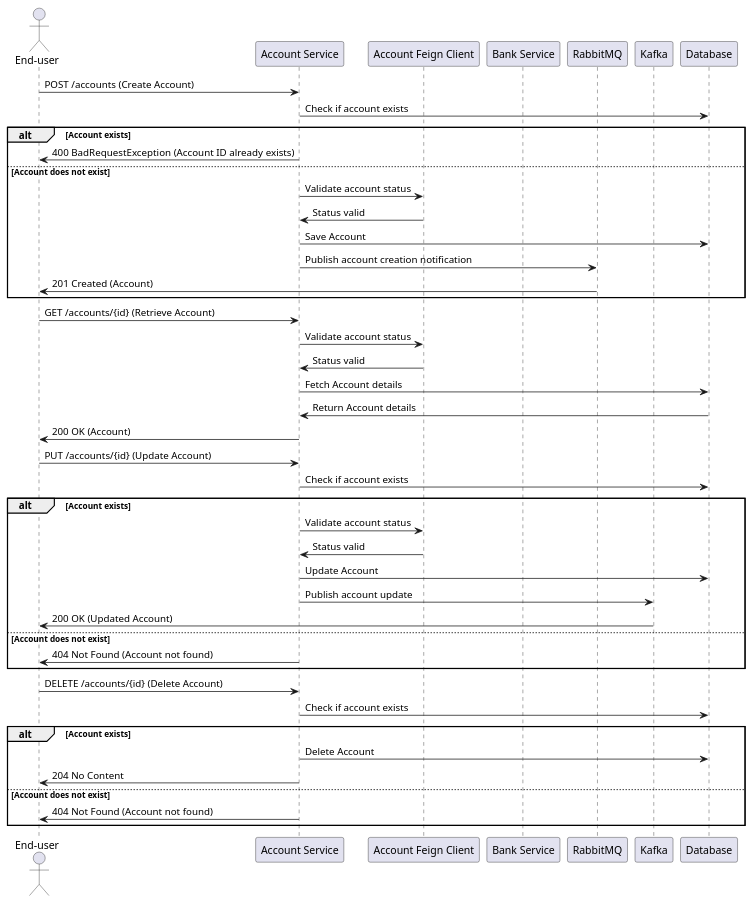
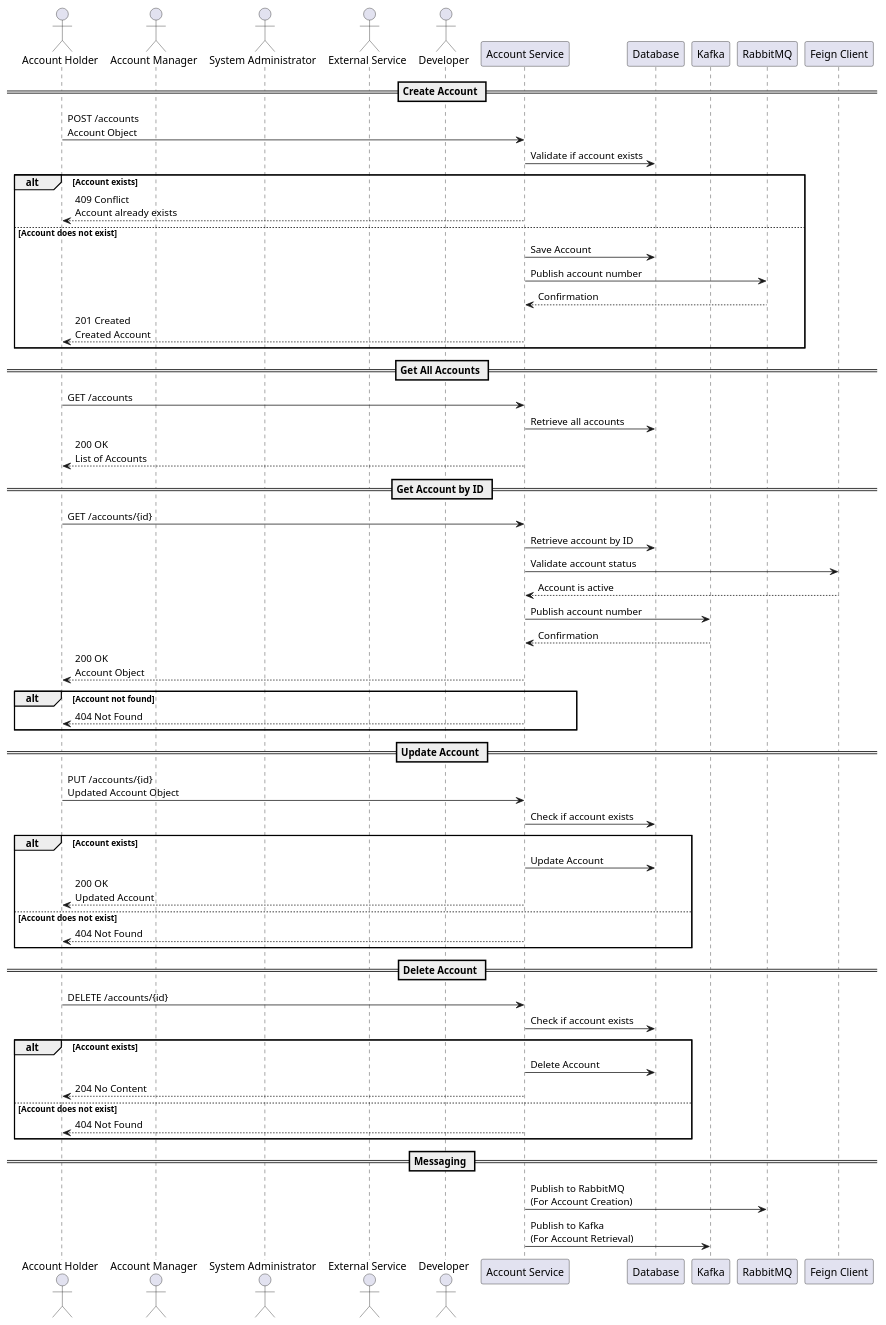
The diagram in design_document/AccountService.md (Bhaskar-Pavan/AccountService), drawn with PlantUML before and after one commit. The commit also changed other lines of this file, not shown here.

````diff
--- a/design_document/AccountService.md
+++ b/design_document/AccountService.md
@@ -37,52 +49,69 @@
 ```plantuml
 @startuml
-actor "End-user" as User
-participant "Account Service" as AccountService
-participant "Account Feign Client" as FeignClient
-participant "Bank Service" as BankService
-participant "RabbitMQ" as RabbitMQ
-participant "Kafka" as Kafka
-participant "Database" as Database
+actor "Account Holder" as AH
+actor "Account Manager" as AM
+actor "System Administrator" as SA
+actor "External Service" as ES
+actor "Developer" as DEV
 
-User -> AccountService : POST /accounts (Create Account)
-AccountService -> Database : Check if account exists
+participant "Account Service" as AS
+participant "Database" as DB
+participant "Kafka" as K
+participant "RabbitMQ" as R
+participant "Feign Client" as FC
+
+== Create Account ==
+AH -> AS : POST /accounts\nAccount Object
+AS -> DB : Validate if account exists
 alt Account exists
-    AccountService -> User : 400 BadRequestException (Account ID already exists)
+    AS --> AH : 409 Conflict\nAccount already exists
 else Account does not exist
-    AccountService -> FeignClient : Validate account status
-    FeignClient -> AccountService : Status valid
-    AccountService -> Database : Save Account
-    AccountService -> RabbitMQ : Publish account creation notification
-    RabbitMQ -> User : 201 Created (Account)
+    AS -> DB : Save Account
+    AS -> R : Publish account number
+    R --> AS : Confirmation
+    AS --> AH : 201 Created\nCreated Account
 end
 
-User -> AccountService : GET /accounts/{id} (Retrieve Account)
-AccountService -> FeignClient : Validate account status
-FeignClient -> AccountService : Status valid
-AccountService -> Database : Fetch Account details
-Database -> AccountService : Return Account details
-AccountService -> User : 200 OK (Account)
+== Get All Accounts ==
+AH -> AS : GET /accounts
+AS -> DB : Retrieve all accounts
+AS --> AH : 200 OK\nList of Accounts
 
-User -> AccountService : PUT /accounts/{id} (Update Account)
-AccountService -> Database : Check if account exists
-alt Account exists
-    AccountService -> FeignClient : Validate account status
-    FeignClient -> AccountService : Status valid
-    AccountService -> Database : Update Account
-    AccountService -> Kafka : Publish account update
-    Kafka -> User : 200 OK (Updated Account)
-else Account does not exist
-    AccountService -> User : 404 Not Found (Account not found)
+== Get Account by ID ==
+AH -> AS : GET /accounts/{id}
+AS -> DB : Retrieve account by ID
+AS -> FC : Validate account status
+FC --> AS : Account is active
+AS -> K : Publish account number
+K --> AS : Confirmation
+AS --> AH : 200 OK\nAccount Object
+alt Account not found
+    AS --> AH : 404 Not Found
 end
 
-User -> AccountService : DELETE /accounts/{id} (Delete Account)
-AccountService -> Database : Check if account exists
+== Update Account ==
+AH -> AS : PUT /accounts/{id}\nUpdated Account Object
+AS -> DB : Check if account exists
 alt Account exists
-    AccountService -> Database : Delete Account
-    AccountService -> User : 204 No Content
+    AS -> DB : Update Account
+    AS --> AH : 200 OK\nUpdated Account
 else Account does not exist
-    AccountService -> User : 404 Not Found (Account not found)
+    AS --> AH : 404 Not Found
 end
+
+== Delete Account ==
+AH -> AS : DELETE /accounts/{id}
+AS -> DB : Check if account exists
+alt Account exists
+    AS -> DB : Delete Account
+    AS --> AH : 204 No Content
+else Account does not exist
+    AS --> AH : 404 Not Found
+end
+
+== Messaging ==
+AS -> R : Publish to RabbitMQ\n(For Account Creation)
+AS -> K : Publish to Kafka\n(For Account Retrieval)
 
 @enduml
 ```
````
